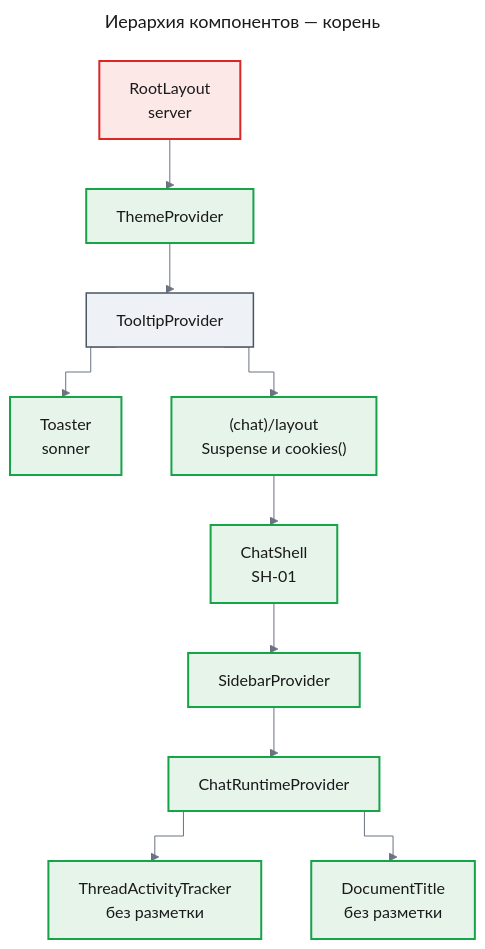
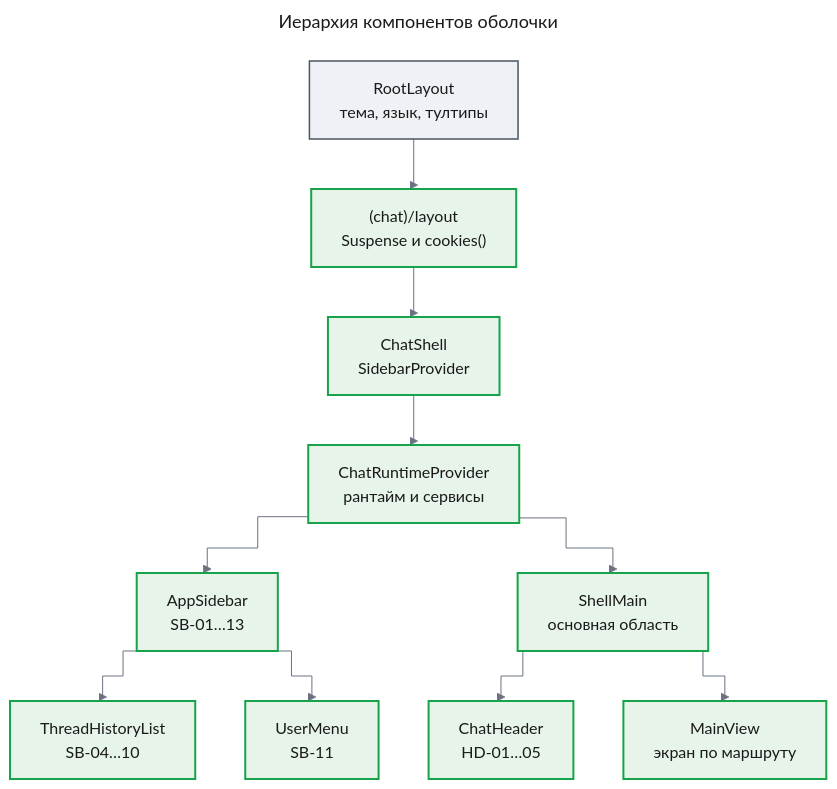
One commit to tundraray/agent-os changed the fourth of 8 diagrams in docs/features/chat-shell/design-web-shell.md. Above: the diagram before and after it, drawn with Mermaid. The commit also changed other lines of this file and 1225 other files, not shown here.

````diff
--- a/docs/features/chat-shell/design-web-shell.md
+++ b/docs/features/chat-shell/design-web-shell.md
@@ -593,37 +404,37 @@
 ```mermaid
 ---
-title: "Иерархия компонентов — корень"
+title: "Иерархия компонентов оболочки"
 config:
   theme: base
   look: classic
   themeVariables:
     primaryColor: "#eef1f5"
     primaryBorderColor: "#4b5563"
     primaryTextColor: "#1a1a1a"
     lineColor: "#6b7280"
   flowchart:
     curve: step
 ---
 flowchart TD
-    root["RootLayout<br/>server"]
-    theme["ThemeProvider"]
-    tip["TooltipProvider"]
-    toast["Toaster<br/>sonner"]
+    root["RootLayout<br/>тема, язык, тултипы"]
     cl["(chat)/layout<br/>Suspense и cookies()"]
-    shell["ChatShell<br/>SH-01"]
-    sp["SidebarProvider"]
-    rp["ChatRuntimeProvider"]
-    tracker["ThreadActivityTracker<br/>без разметки"]
-    doc["DocumentTitle<br/>без разметки"]
-    root --> theme --> tip --> cl --> shell --> sp --> rp
-    tip --> toast
-    rp --> tracker
-    rp --> doc
-    classDef entry fill:#ffffff,stroke:#1f2937,stroke-width:1.5px,color:#1a1a1a
-    classDef changed fill:#fde8e8,stroke:#dc2626,stroke-width:2px,color:#1a1a1a
+    shell["ChatShell<br/>SidebarProvider"]
+    rp["ChatRuntimeProvider<br/>рантайм и сервисы"]
+    side["AppSidebar<br/>SB-01…13"]
+    list["ThreadHistoryList<br/>SB-04…10"]
+    um["UserMenu<br/>SB-11"]
+    main["ShellMain<br/>основная область"]
+    header["ChatHeader<br/>HD-01…05"]
+    mv["MainView<br/>экран по маршруту"]
+    root --> cl --> shell --> rp
+    rp --> side
+    rp --> main
+    side --> list
+    side --> um
+    main --> header
+    main --> mv
+    classDef unchanged fill:#eef1f5,stroke:#4b5563,stroke-width:1.5px,color:#1a1a1a
     classDef new fill:#e6f4ea,stroke:#16a34a,stroke-width:2px,color:#1a1a1a
-    classDef unchanged fill:#eef1f5,stroke:#4b5563,stroke-width:1.5px,color:#1a1a1a
-    class root changed
-    class theme,toast,cl,shell,sp,rp,tracker,doc new
-    class tip unchanged
+    class root unchanged
+    class cl,shell,rp,side,list,um,main,header,mv new
 ```
````
